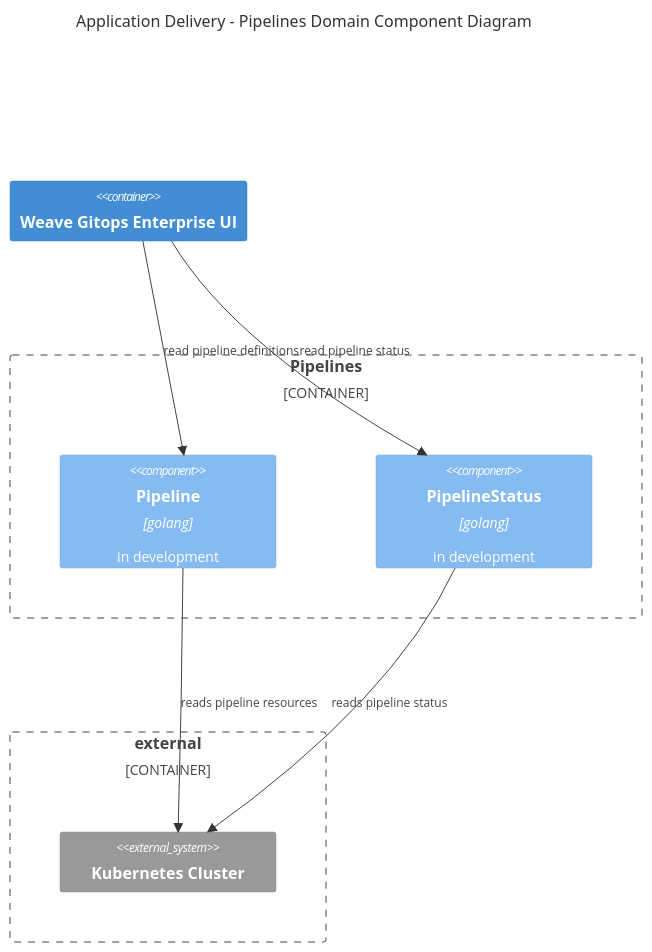
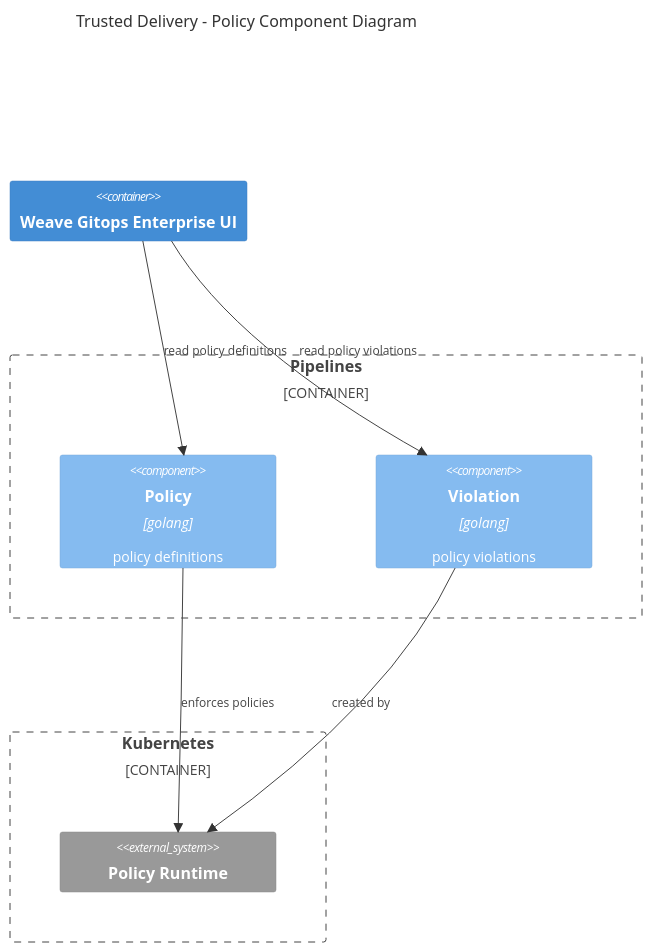
Before and after one commit to weaveworks/weave-gitops-enterprise: the fourth of 4 diagrams in docs/architecture/trusted-delivery.md, drawn with Mermaid. The commit also changed other lines of this file, not shown here.

Commit message:
initial draft for policy violations

````diff
--- a/docs/architecture/trusted-delivery.md
+++ b/docs/architecture/trusted-delivery.md
@@ -112,19 +107,19 @@
 ```mermaid
 
 C4Component
-      title Application Delivery - Pipelines Domain Component Diagram
+      title Trusted Delivery - Policy Component Diagram
       Container(weaveGitopsEnterpriseUi, "Weave Gitops Enterprise UI")
-      Rel(weaveGitopsEnterpriseUi, Pipeline, "read pipeline definitions")
-      Rel(weaveGitopsEnterpriseUi, PipelineStatus, "read pipeline status")
+      Rel(weaveGitopsEnterpriseUi, Policy, "read policy definitions")
+      Rel(weaveGitopsEnterpriseUi, Violation, "read policy violations")
       Container_Boundary(Pipelines, "Pipelines") {
-        Component(Pipeline, "Pipeline", "golang","in development")
-        Component(PipelineStatus, "PipelineStatus","golang", "in development")
-        Rel(Pipeline, KubernetesCluster, "reads pipeline resources")
-        Rel(PipelineStatus, KubernetesCluster, "reads pipeline status")      
+        Component(Policy, "Policy", "golang","policy definitions")
+        Component(Violation, "Violation", "golang","policy violations")
+        Rel(Policy, PolicyRuntime, "enforces policies")
+        Rel(Violation, PolicyRuntime, "created by")
       }
-      Container_Boundary(external, "external") {
-        System_Ext(KubernetesCluster, "Kubernetes Cluster")
+      Container_Boundary(Kuberetes, "Kubernetes") {
+        System_Ext(PolicyRuntime, "Policy Runtime")
       }
       UpdateLayoutConfig($c4ShapeInRow="2", $c4BoundaryInRow="1")        
                     
 ```
````
